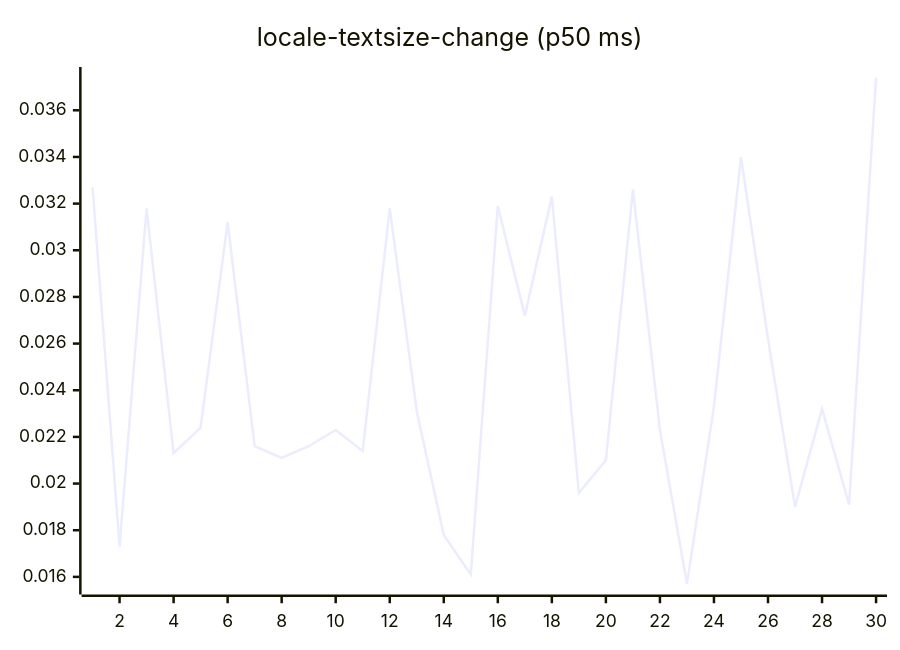
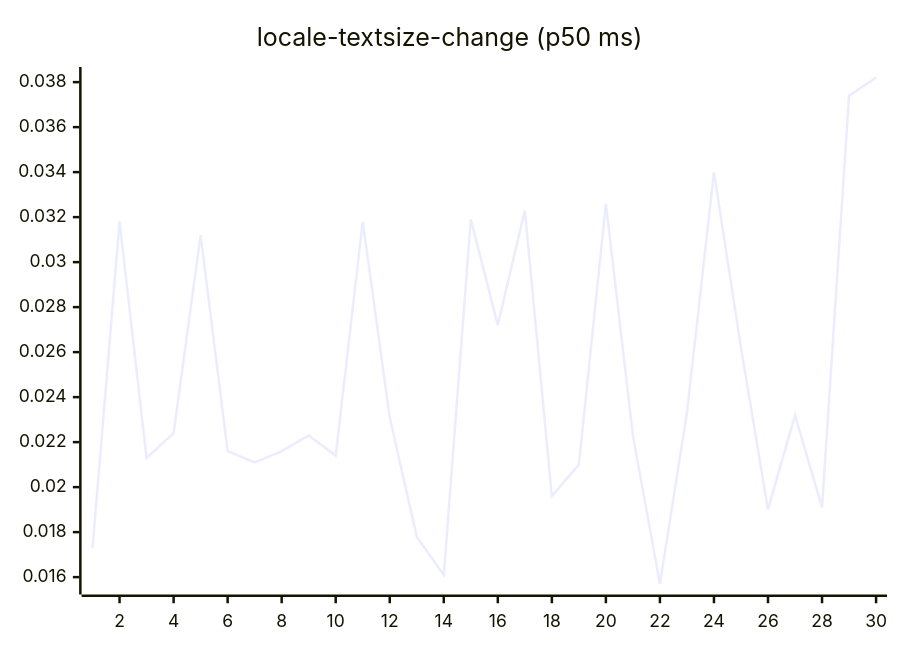
Diagram 13 of 27 in README.md (josha/Facet), drawn with Mermaid before and after one commit. The commit also changed other lines of this file and 2 other files, not shown here.

````diff
--- a/README.md
+++ b/README.md
@@ -147,6 +147,6 @@
 ```mermaid
 xychart-beta
     title "locale-textsize-change (p50 ms)"
     x-axis 1 --> 30
-    line [0.0327, 0.0173, 0.0318, 0.0213, 0.0224, 0.0312, 0.0216, 0.0211, 0.0216, 0.0223, 0.0214, 0.0318, 0.0231, 0.0178, 0.0161, 0.0319, 0.0272, 0.0323, 0.0196, 0.0210, 0.0326, 0.0223, 0.0157, 0.0233, 0.0340, 0.0262, 0.0190, 0.0232, 0.0191, 0.0374]
+    line [0.0173, 0.0318, 0.0213, 0.0224, 0.0312, 0.0216, 0.0211, 0.0216, 0.0223, 0.0214, 0.0318, 0.0231, 0.0178, 0.0161, 0.0319, 0.0272, 0.0323, 0.0196, 0.0210, 0.0326, 0.0223, 0.0157, 0.0233, 0.0340, 0.0262, 0.0190, 0.0232, 0.0191, 0.0374, 0.0382]
 ```
````
